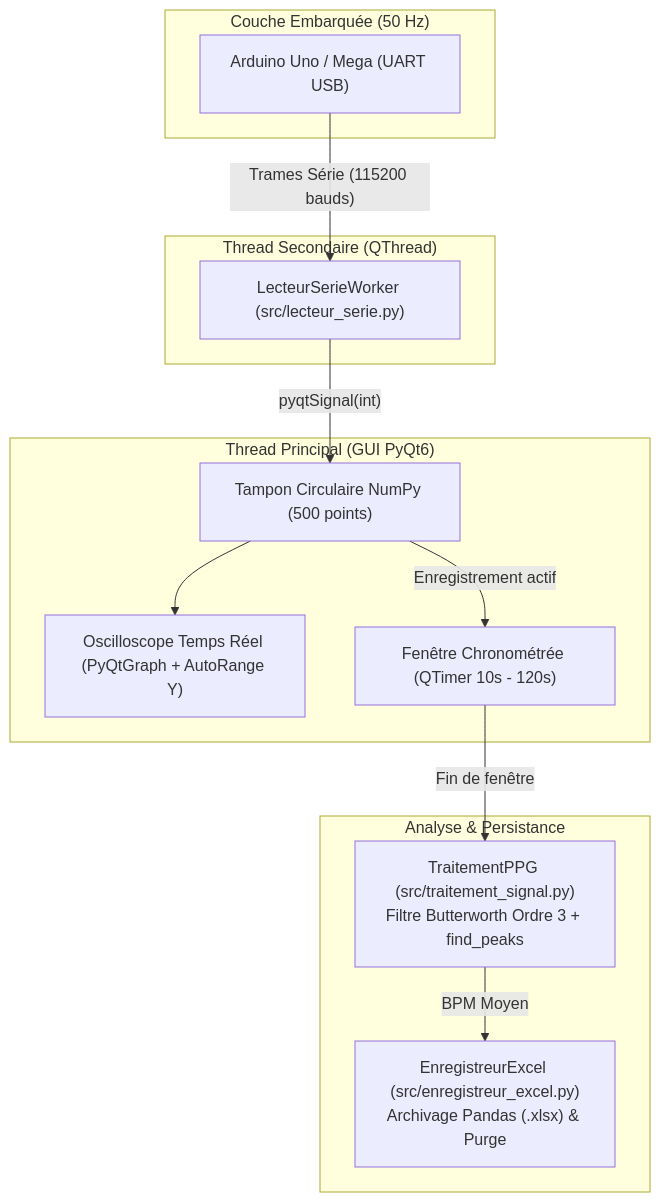
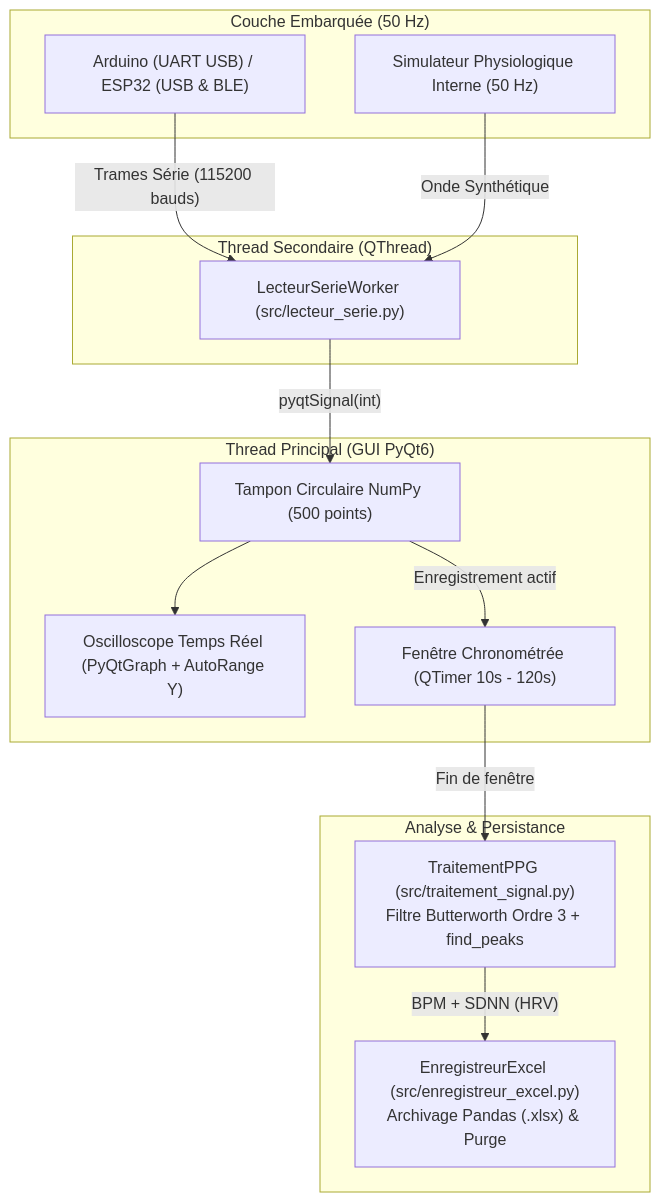
The diagram in docs/ARCHITECTURE_LOGICIELLE_ET_DSP.md (LenoirSys/open-ppg-monitor), drawn with Mermaid before and after one commit. The commit also changed other lines of this file and 9 other files, not shown here.

Commit message:
feat(v2): évolution ESP32 BLE 12-bit, interface Web Bluetooth, simulateur 50 Hz et calcul HRV (SDNN)

````diff
--- a/docs/ARCHITECTURE_LOGICIELLE_ET_DSP.md
+++ b/docs/ARCHITECTURE_LOGICIELLE_ET_DSP.md
@@ -7,28 +7,30 @@
 ```mermaid
 flowchart TD
     subgraph Materiel["Couche Embarquée (50 Hz)"]
-        MCU["Arduino Uno / Mega (UART USB)"]
+        MCU["Arduino (UART USB) / ESP32 (USB & BLE)"]
+        SIM["Simulateur Physiologique Interne (50 Hz)"]
     end
 
     subgraph WorkerThread["Thread Secondaire (QThread)"]
         LSW["LecteurSerieWorker (src/lecteur_serie.py)"]
     end
 
     subgraph MainThread["Thread Principal (GUI PyQt6)"]
         CB["Tampon Circulaire NumPy (500 points)"]
         PLOT["Oscilloscope Temps Réel (PyQtGraph + AutoRange Y)"]
         TIMER["Fenêtre Chronométrée (QTimer 10s - 120s)"]
     end
 
     subgraph Traitement["Analyse & Persistance"]
         DSP["TraitementPPG (src/traitement_signal.py)<br/>Filtre Butterworth Ordre 3 + find_peaks"]
         XLS["EnregistreurExcel (src/enregistreur_excel.py)<br/>Archivage Pandas (.xlsx) & Purge"]
     end
 
     MCU -->|"Trames Série (115200 bauds)"| LSW
+    SIM -->|"Onde Synthétique"| LSW
     LSW -->|"pyqtSignal(int)"| CB
     CB --> PLOT
     CB -->|"Enregistrement actif"| TIMER
     TIMER -->|"Fin de fenêtre"| DSP
-    DSP -->|"BPM Moyen"| XLS
+    DSP -->|"BPM + SDNN (HRV)"| XLS
 ```
````
